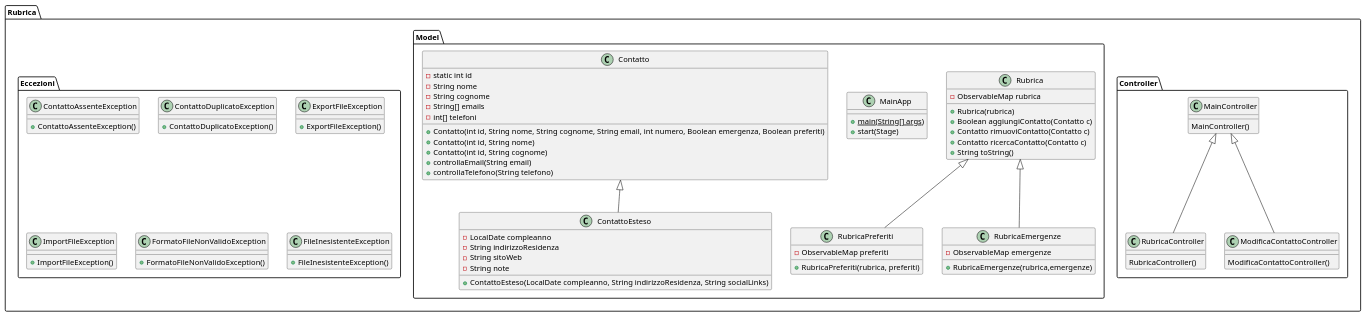
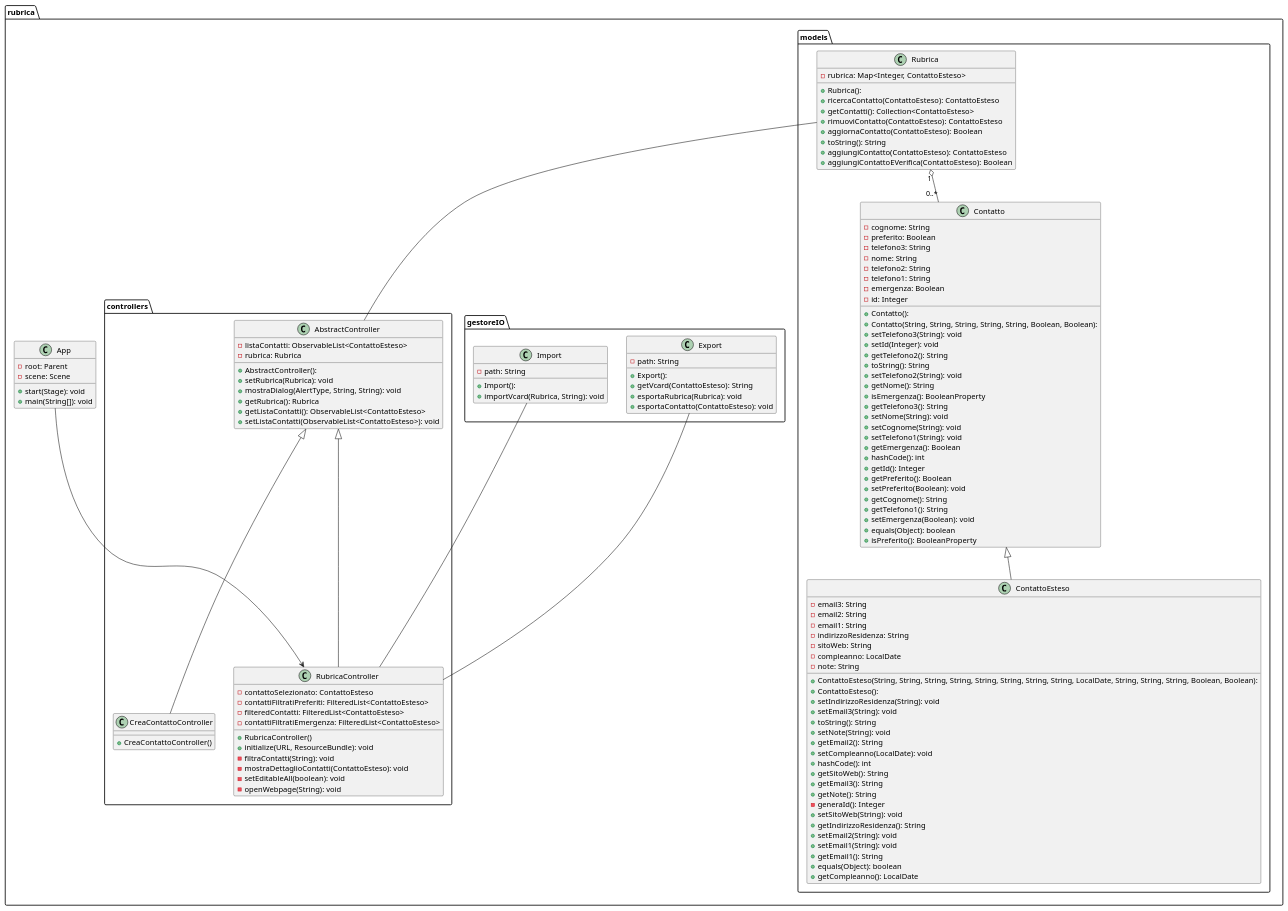
One commit to emanueletocci/uni-swe-project changed the diagram in docs/bozze/Diagrammi/Classi2/DiagrammiClassi.puml. Above: the diagram before and after it, drawn with PlantUML.

```diff
--- a/docs/bozze/Diagrammi/Classi2/DiagrammiClassi.puml
+++ b/docs/bozze/Diagrammi/Classi2/DiagrammiClassi.puml
@@ -1,85 +1,152 @@
 @startuml
-package Rubrica {
-    package Controller{
-        class MainController{
-            MainController()
+package rubrica {
+
+    package controllers{
+        class AbstractController{
+   + AbstractController():
+  - listaContatti: ObservableList<ContattoEsteso>
+  - rubrica: Rubrica
+  + setRubrica(Rubrica): void
+  + mostraDialog(AlertType, String, String): void
+  + getRubrica(): Rubrica
+  + getListaContatti(): ObservableList<ContattoEsteso>
+  + setListaContatti(ObservableList<ContattoEsteso>): void
+            
         }
         class RubricaController{
-            RubricaController()
+            + RubricaController()
+            - contattoSelezionato: ContattoEsteso
+            - contattiFiltratiPreferiti: FilteredList<ContattoEsteso>
+            - filteredContatti: FilteredList<ContattoEsteso>
+            - contattiFiltratiEmergenza: FilteredList<ContattoEsteso>
+            + initialize(URL, ResourceBundle): void
+            - filtraContatti(String): void
+            - mostraDettaglioContatti(ContattoEsteso): void
+            - setEditableAll(boolean): void
+            - openWebpage(String): void
+             
         }
-        class ModificaContattoController{
-            ModificaContattoController()
+       
+        class CreaContattoController {
+            + CreaContattoController()
         }
-        MainController <|-- RubricaController
-        MainController <|-- ModificaContattoController
-    }
-    package Model{
-        class Rubrica{
-            - ObservableMap rubrica
-            + Rubrica(rubrica)
-            + Boolean aggiungiContatto(Contatto c)
-            + Contatto rimuoviContatto(Contatto c)
-            + Contatto ricercaContatto(Contatto c)
-            + String toString()
-        }
-        class RubricaPreferiti{
-            - ObservableMap preferiti
-            + RubricaPreferiti(rubrica, preferiti)
-        }
-        class RubricaEmergenze{
-            - ObservableMap emergenze
-            + RubricaEmergenze(rubrica,emergenze)
-        }
-        class MainApp {
-            + {static} main(String[] args)
-            + start(Stage)
-        }
-
-        class Contatto{
-            - static int id
-            - String nome
-            - String cognome
-            - String[] emails
-            - int[] telefoni
-            + Contatto(int id, String nome, String cognome, String email, int numero, Boolean emergenza, Boolean preferiti)
-            + Contatto(int id, String nome)
-            + Contatto(int id, String cognome)
-            + controllaEmail(String email)
-            + controllaTelefono(String telefono)
-        }
-        class ContattoEsteso {
-            - LocalDate compleanno
-            - String indirizzoResidenza
-            - String sitoWeb
-            - String note
-            + ContattoEsteso(LocalDate compleanno, String indirizzoResidenza, String socialLinks)
-
-        }
-        Contatto <|-- ContattoEsteso
-        Rubrica <|-- RubricaEmergenze
-        Rubrica <|-- RubricaPreferiti
 
     }
 
-  package Eccezioni {
-    class ContattoAssenteException{
-      + ContattoAssenteException()
+  class App {
+- root: Parent
+  - scene: Scene
+  + start(Stage): void
+  + main(String[]): void
+        }
+
+    package models{
+
+    class Rubrica{
+  + Rubrica():
+  - rubrica: Map<Integer, ContattoEsteso>
+  + ricercaContatto(ContattoEsteso): ContattoEsteso
+  + getContatti(): Collection<ContattoEsteso>
+  + rimuoviContatto(ContattoEsteso): ContattoEsteso
+  + aggiornaContatto(ContattoEsteso): Boolean
+  + toString(): String
+  + aggiungiContatto(ContattoEsteso): ContattoEsteso
+  + aggiungiContattoEVerifica(ContattoEsteso): Boolean
+        }
+       
+  
+    class Contatto{
+  + Contatto():
+  + Contatto(String, String, String, String, String, Boolean, Boolean):
+  - cognome: String
+  - preferito: Boolean
+  - telefono3: String
+  - nome: String
+  - telefono2: String
+  - telefono1: String
+  - emergenza: Boolean
+  - id: Integer
+  + setTelefono3(String): void
+  + setId(Integer): void
+  + getTelefono2(): String
+  + toString(): String
+  + setTelefono2(String): void
+  + getNome(): String
+  + isEmergenza(): BooleanProperty
+  + getTelefono3(): String
+  + setNome(String): void
+  + setCognome(String): void
+  + setTelefono1(String): void
+  + getEmergenza(): Boolean
+  + hashCode(): int
+  + getId(): Integer
+  + getPreferito(): Boolean
+  + setPreferito(Boolean): void
+  + getCognome(): String
+  + getTelefono1(): String
+  + setEmergenza(Boolean): void
+  + equals(Object): boolean
+  + isPreferito(): BooleanProperty
+        }
+
+   class ContattoEsteso {
+  + ContattoEsteso(String, String, String, String, String, String, String, String, LocalDate, String, String, String, Boolean, Boolean):
+  + ContattoEsteso():
+  - email3: String
+  - email2: String
+  - email1: String
+  - indirizzoResidenza: String
+  - sitoWeb: String
+  - compleanno: LocalDate
+  - note: String
+  + setIndirizzoResidenza(String): void
+  + setEmail3(String): void
+  + toString(): String
+  + setNote(String): void
+  + getEmail2(): String
+  + setCompleanno(LocalDate): void
+  + hashCode(): int
+  + getSitoWeb(): String
+  + getEmail3(): String
+  + getNote(): String
+  - generaId(): Integer
+  + setSitoWeb(String): void
+  + getIndirizzoResidenza(): String
+  + setEmail2(String): void
+  + setEmail1(String): void
+  + getEmail1(): String
+  + equals(Object): boolean
+  + getCompleanno(): LocalDate
+        }
+
+
     }
-    class ContattoDuplicatoException{
-      + ContattoDuplicatoException()
+
+  package gestoreIO {
+
+    class Export {
+ + Export():
+  - path: String
+  + getVcard(ContattoEsteso): String
+  + esportaRubrica(Rubrica): void
+  + esportaContatto(ContattoEsteso): void
     }
-    class ExportFileException{
-      + ExportFileException()
-    }
-    class ImportFileException{
-      + ImportFileException()
-    }
-    class FormatoFileNonValidoException{
-        + FormatoFileNonValidoException()
-    }
-    class FileInesistenteException{
-        + FileInesistenteException()
-    }
-  }
+ 
+   class Import {
+      + Import():
+  - path: String
+  + importVcard(Rubrica, String): void
+}
+}
+}
+Rubrica    "1" o-- "0..*"   Contatto
+Contatto     <|--           ContattoEsteso
+AbstractController  <|--   RubricaController
+AbstractController  <|--   CreaContattoController
+Rubrica -- AbstractController
+Import -- RubricaController
+Export -- RubricaController
+App --> RubricaController
+ 
 }
 @enduml
```
